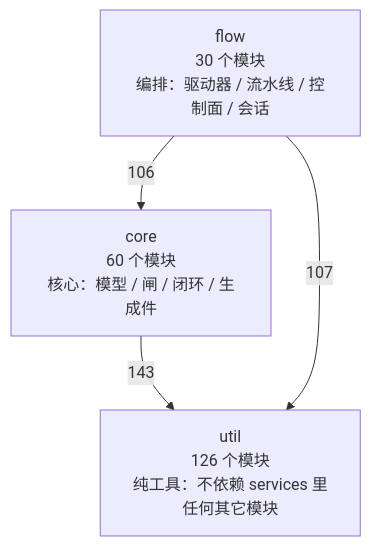
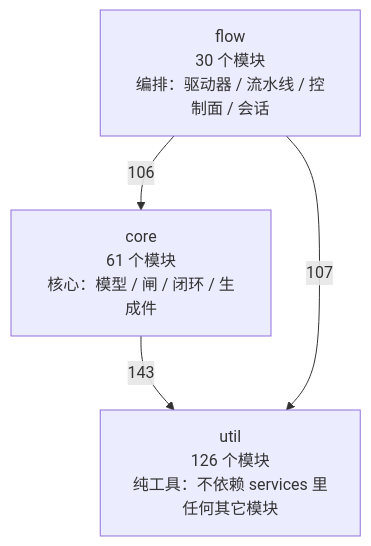
The first of 4 diagrams in docs/SlideRule V6.2 架构图（自动生成）.md (2686521696/WhyBuddy), drawn with Mermaid before and after one commit. The commit also changed other lines of this file and 7 other files, not shown here.

````diff
--- a/docs/SlideRule V6.2 架构图（自动生成）.md
+++ b/docs/SlideRule V6.2 架构图（自动生成）.md
@@ -48,9 +48,9 @@
 ```mermaid
 flowchart TB
   util["util<br/>126 个模块<br/>纯工具：不依赖 services 里任何其它模块"]
-  core["core<br/>60 个模块<br/>核心：模型 / 闸 / 闭环 / 生成件"]
+  core["core<br/>61 个模块<br/>核心：模型 / 闸 / 闭环 / 生成件"]
   flow["flow<br/>30 个模块<br/>编排：驱动器 / 流水线 / 控制面 / 会话"]
   core -->|143| util
   flow -->|106| core
   flow -->|107| util
 ```
````
